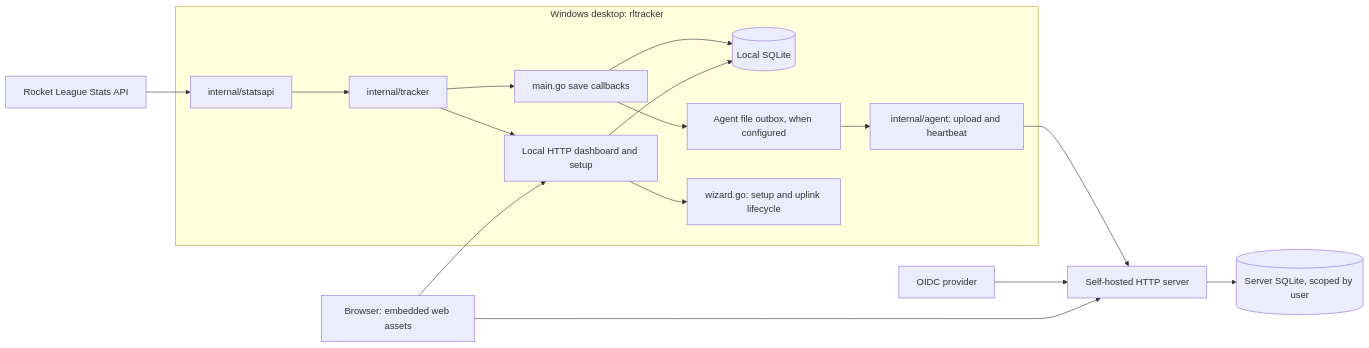
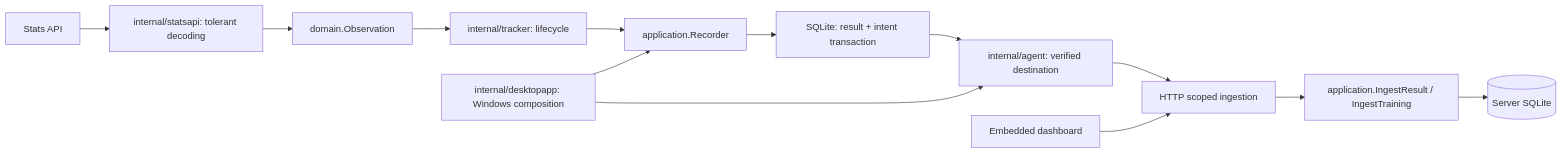
One commit to Dav-14/rocket-tracker changed the first of 3 diagrams in docs/ARCHITECTURE.md. Above: the diagram before and after it, drawn with Mermaid. The commit also changed other lines of this file and 84 other files, not shown here.

````diff
--- a/docs/ARCHITECTURE.md
+++ b/docs/ARCHITECTURE.md
@@ -9,19 +9,15 @@
 ```mermaid
 flowchart LR
-  Game["Rocket League Stats API"] --> Transport["internal/statsapi"]
-  subgraph PC["Windows desktop: rltracker"]
-    Transport --> Tracker["internal/tracker"]
-    Tracker --> Save["main.go save callbacks"]
-    Save --> LocalDB[("Local SQLite")]
-    Save --> Queue["Agent file outbox, when configured"]
-    LocalHTTP["Local HTTP dashboard and setup"] --> LocalDB
-    LocalHTTP --> Wizard["wizard.go: setup and uplink lifecycle"]
-    Queue --> Agent["internal/agent: upload and heartbeat"]
-    Tracker --> LocalHTTP
-  end
-  Agent --> Hub["Self-hosted HTTP server"]
-  Hub --> ServerDB[("Server SQLite, scoped by user")]
-  IdP["OIDC provider"] --> Hub
-  Browser["Browser: embedded web assets"] --> LocalHTTP
-  Browser --> Hub
+ Game[Stats API] --> Decoder[internal/statsapi: tolerant decoding]
+ Decoder --> Observation[domain.Observation]
+ Observation --> Tracker[internal/tracker: lifecycle]
+ Tracker --> Record[application.Recorder]
+ Record --> Atomic[SQLite: result + intent transaction]
+ Atomic --> Worker[internal/agent: verified destination]
+ Worker --> HTTP[HTTP scoped ingestion]
+ HTTP --> Ingest[application.IngestResult / IngestTraining]
+ Ingest --> ServerDB[(Server SQLite)]
+ Browser[Embedded dashboard] --> HTTP
+ Desktop[internal/desktopapp: Windows composition] --> Record
+ Desktop --> Worker
 ```
````
